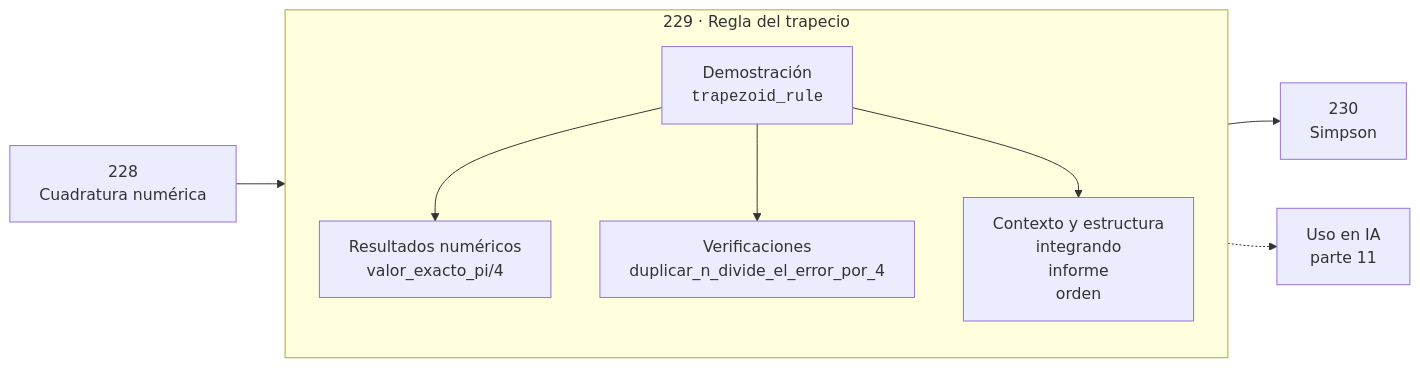
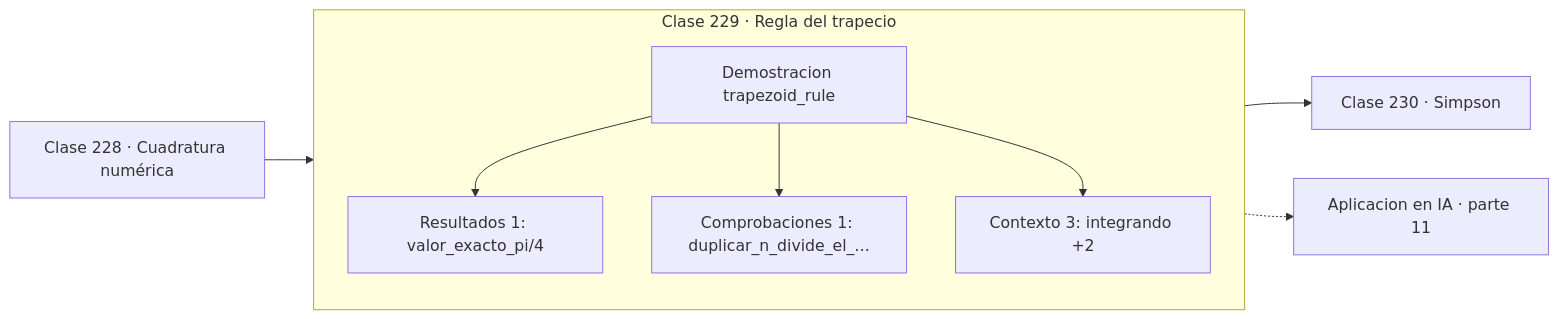
One commit to vladimiracunadev-create/computational-mathematics-program changed the diagram in classes/part-11-metodos-numericos-y-computacion-cientifica/229-regla-del-trapecio/README.md. Above: the diagram before and after it, drawn with Mermaid. The commit also changed 389 other files, not shown here.

First line of the commit message:
fix(diagramas): elimina el HTML de las etiquetas Mermaid

````diff
--- a/classes/part-11-metodos-numericos-y-computacion-cientifica/229-regla-del-trapecio/README.md
+++ b/classes/part-11-metodos-numericos-y-computacion-cientifica/229-regla-del-trapecio/README.md
@@ -30,12 +30,13 @@
 ```mermaid
 flowchart LR
-    P["228<br/>Cuadratura numérica"] --> C
-    subgraph C["229 · Regla del trapecio"]
+    P["Clase 228 · Cuadratura numérica"] --> D
+    subgraph CLASE["Clase 229 · Regla del trapecio"]
         direction TB
-        D["Demostración<br/><code>trapezoid_rule</code>"] --> R["Resultados numéricos<br/>valor_exacto_pi/4"]
-        D --> V["Verificaciones<br/>duplicar_n_divide_el_error_por_4"]
-        D --> O["Contexto y estructura<br/>integrando<br/>informe<br/>orden"]
+        D["Demostracion trapezoid_rule"]
+        D --> R["Resultados 1: valor_exacto_pi/4"]
+        D --> V["Comprobaciones 1: duplicar_n_divide_el_…"]
+        D --> O["Contexto 3: integrando +2"]
     end
-    C --> N["230<br/>Simpson"]
-    C -.-> IA["Uso en IA<br/>parte 11"]
+    R --> N["Clase 230 · Simpson"]
+    V -.-> IA["Aplicacion en IA · parte 11"]
 ```
````
